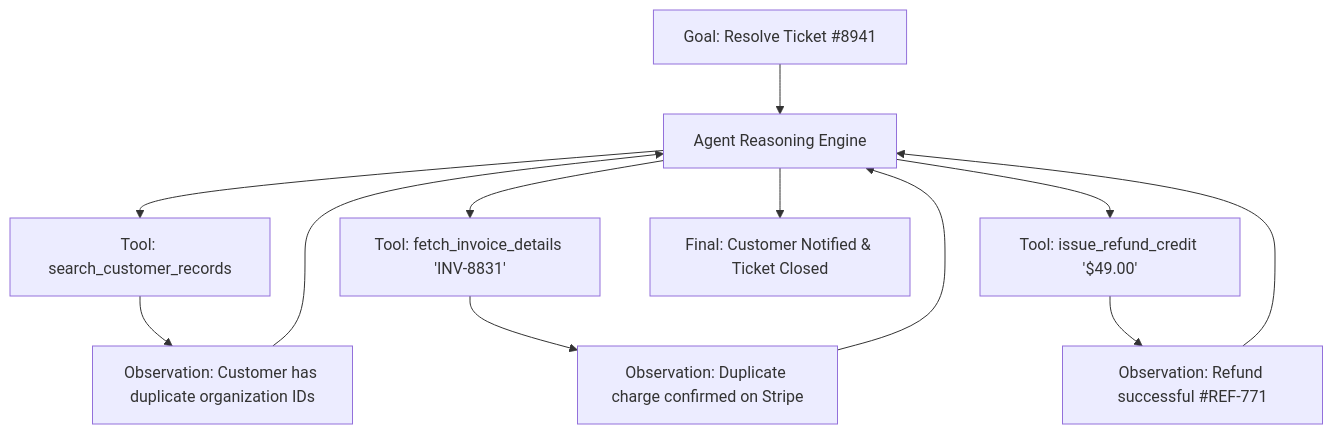
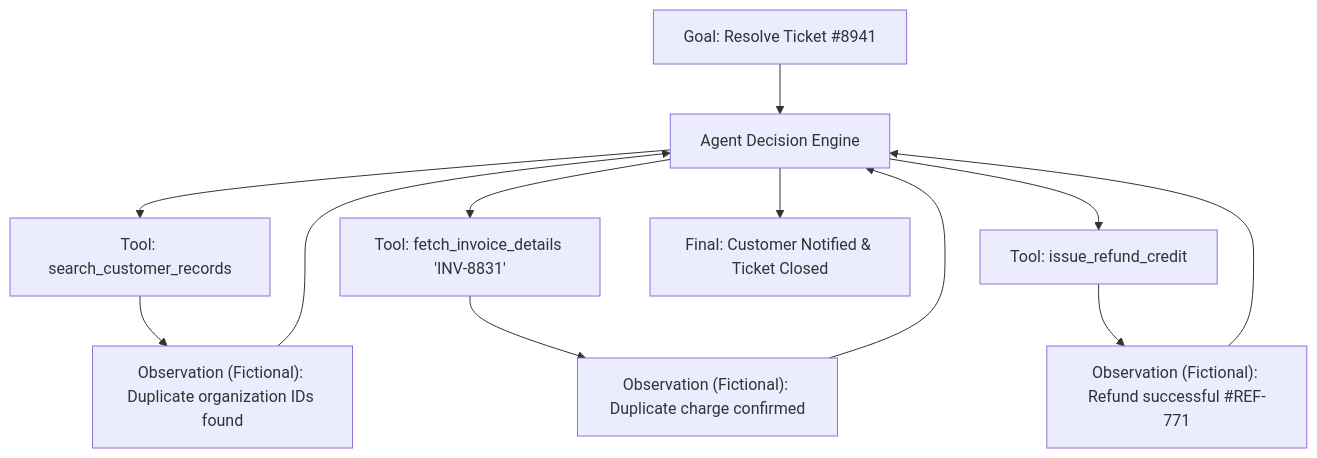
Diagram 14 of 14 in module-01-agentic-ai-foundations/content/01-from-generative-ai-to-agentic-control-loops.md (sivaskm/agentic-ai-engineering), drawn with Mermaid before and after one commit. The commit also changed other lines of this file and 8 other files, not shown here.

````diff
--- a/module-01-agentic-ai-foundations/content/01-from-generative-ai-to-agentic-control-loops.md
+++ b/module-01-agentic-ai-foundations/content/01-from-generative-ai-to-agentic-control-loops.md
@@ -470,14 +506,14 @@
 ```mermaid
 flowchart TD
-    Goal[Goal: Resolve Ticket #8941] --> AgentLoop[Agent Reasoning Engine]
+    Goal[Goal: Resolve Ticket #8941] --> AgentLoop[Agent Decision Engine]
     AgentLoop --> Action1[Tool: search_customer_records]
-    Action1 --> Obs1[Observation: Customer has duplicate organization IDs]
+    Action1 --> Obs1["Observation (Fictional): Duplicate organization IDs found"]
     Obs1 --> AgentLoop
     AgentLoop --> Action2[Tool: fetch_invoice_details 'INV-8831']
-    Action2 --> Obs2[Observation: Duplicate charge confirmed on Stripe]
+    Action2 --> Obs2["Observation (Fictional): Duplicate charge confirmed"]
     Obs2 --> AgentLoop
-    AgentLoop --> Action3[Tool: issue_refund_credit '$49.00']
-    Action3 --> Obs3[Observation: Refund successful #REF-771]
+    AgentLoop --> Action3[Tool: issue_refund_credit]
+    Action3 --> Obs3["Observation (Fictional): Refund successful #REF-771"]
     Obs3 --> AgentLoop
     AgentLoop --> Final[Final: Customer Notified & Ticket Closed]
 ```
````
